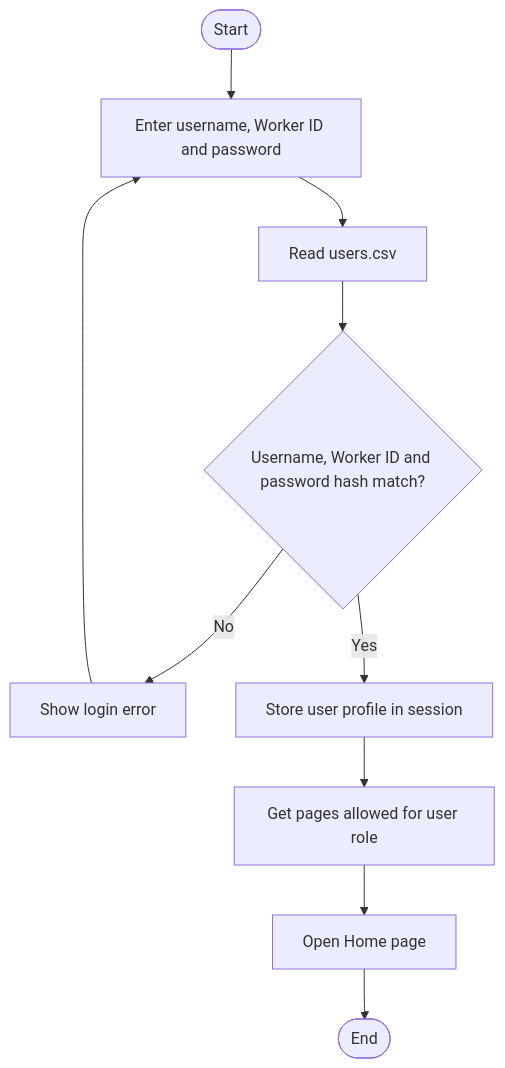
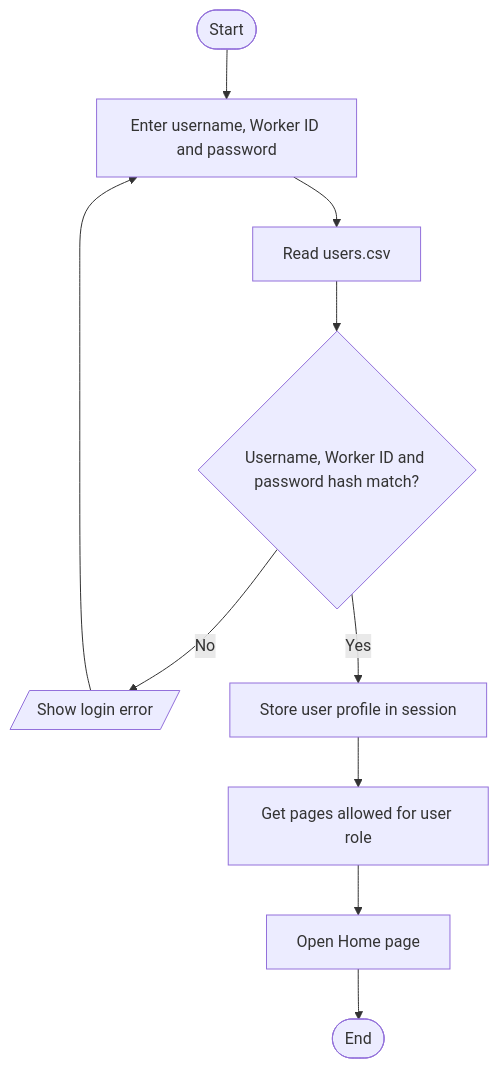
One commit to 2942996/KHWEZI-MINING-APP changed the first of 12 diagrams in Algorithms, Flowcharts and Pseudocode/flowcharts/FLOWCHARTS.md. Above: the diagram before and after it, drawn with Mermaid. The commit also changed other lines of this file, not shown here.

First line of the commit message:
Refactor flowchart error messages for clarity

````diff
--- a/Algorithms, Flowcharts and Pseudocode/flowcharts/FLOWCHARTS.md
+++ b/Algorithms, Flowcharts and Pseudocode/flowcharts/FLOWCHARTS.md
@@ -6,12 +6,12 @@
 ```mermaid
 flowchart TD
     A([Start]) --> B[Enter username, Worker ID and password]
     B --> C[Read users.csv]
     C --> D{Username, Worker ID and password hash match?}
-    D -- No --> E[Show login error]
+    D -- No --> E[/Show login error/]
     E --> B
     D -- Yes --> F[Store user profile in session]
     F --> G[Get pages allowed for user role]
     G --> H[Open Home page]
     H --> I([End])
 ```
````
